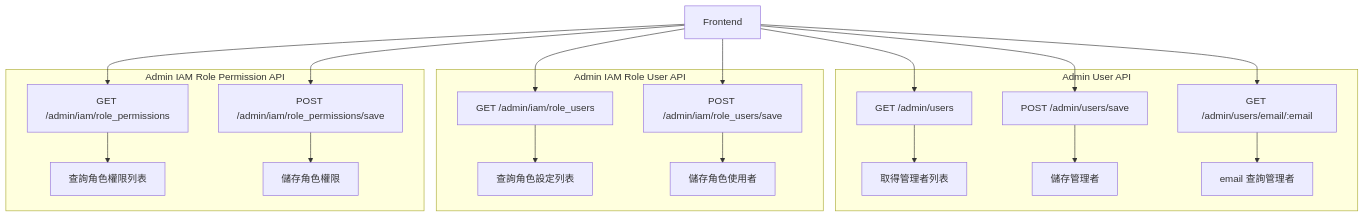
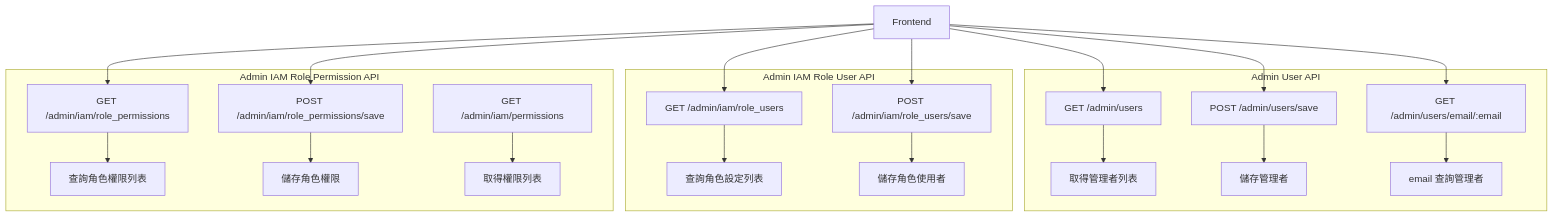
One commit to harry-tsai/notebook changed the first of 2 diagrams in api/design/permission_management/README.md. Above: the diagram before and after it, drawn with Mermaid. The commit also changed other lines of this file, not shown here.

````diff
--- a/api/design/permission_management/README.md
+++ b/api/design/permission_management/README.md
@@ -9,29 +9,30 @@
 ```mermaid
 graph TD
     A[Frontend]
     subgraph Admin User API
         BA[GET /admin/users] --> BB[取得管理者列表]
         BC[POST /admin/users/save] --> BD[儲存管理者]
         BE[GET /admin/users/email/:email] --> BF[email 查詢管理者]
     end
 
     A --> BA
     A --> BC
     A --> BE
 
     subgraph Admin IAM Role User API
         CA[GET /admin/iam/role_users] --> CB[查詢角色設定列表]
         CC[POST /admin/iam/role_users/save] --> CD[儲存角色使用者]
     end
 
     A --> CA
     A --> CC
 
     subgraph Admin IAM Role Permission API
         DA[GET /admin/iam/role_permissions] --> DB[查詢角色權限列表]
         DC[POST /admin/iam/role_permissions/save] --> DD[儲存角色權限]
+        DE[GET /admin/iam/permissions] --> DF[取得權限列表]
     end
 
     A --> DA
     A --> DC
 ```
````
